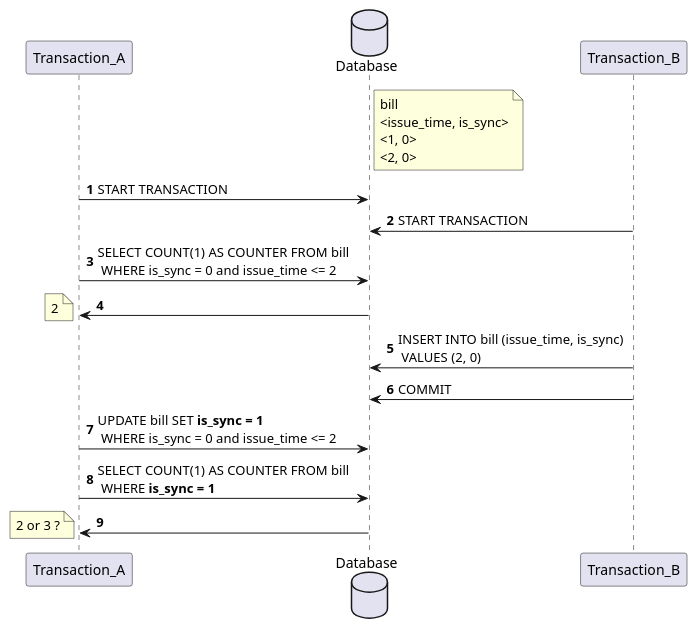
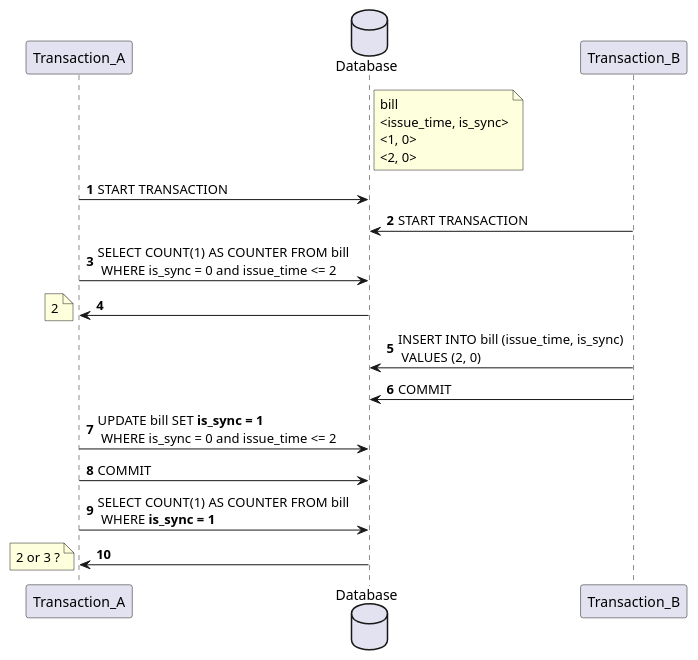
One commit to hongjhih77/snippet_database_test changed the diagram in plantuml.puml. Above: the diagram before and after it, drawn with PlantUML. The commit also changed 1 other file, not shown here.

```diff
--- a/plantuml.puml
+++ b/plantuml.puml
@@ -1,33 +1,34 @@
 @startuml
 'https://plantuml.com/sequence-diagram
 
 participant Transaction_A as tranA
 database Database as DB
 participant Transaction_B as tranB
 
 autonumber
 note right of DB
 bill
 <issue_time, is_sync>
 <1, 0>
 <2, 0>
 end note
 
 tranA -> DB : START TRANSACTION
 tranB -> DB : START TRANSACTION
 tranA -> DB : SELECT COUNT(1) AS COUNTER FROM bill \n WHERE is_sync = 0 and issue_time <= 2
 DB -> tranA
 note left
 2
 end note
 
 tranB -> DB : INSERT INTO bill (issue_time, is_sync) \n VALUES (2, 0)
 tranB -> DB : COMMIT
 
 tranA -> DB : UPDATE bill SET <b>is_sync = 1 \n WHERE is_sync = 0 and issue_time <= 2
+tranA -> DB : COMMIT
 tranA -> DB : SELECT COUNT(1) AS COUNTER FROM bill \n WHERE <b>is_sync = 1
 DB -> tranA
 note left
 2 or 3 ?
 end note
 @enduml
```
